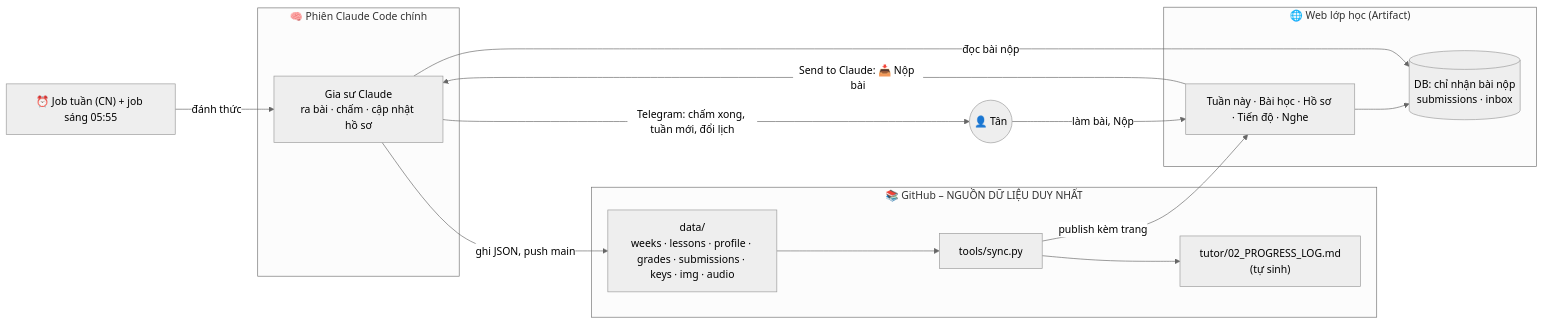
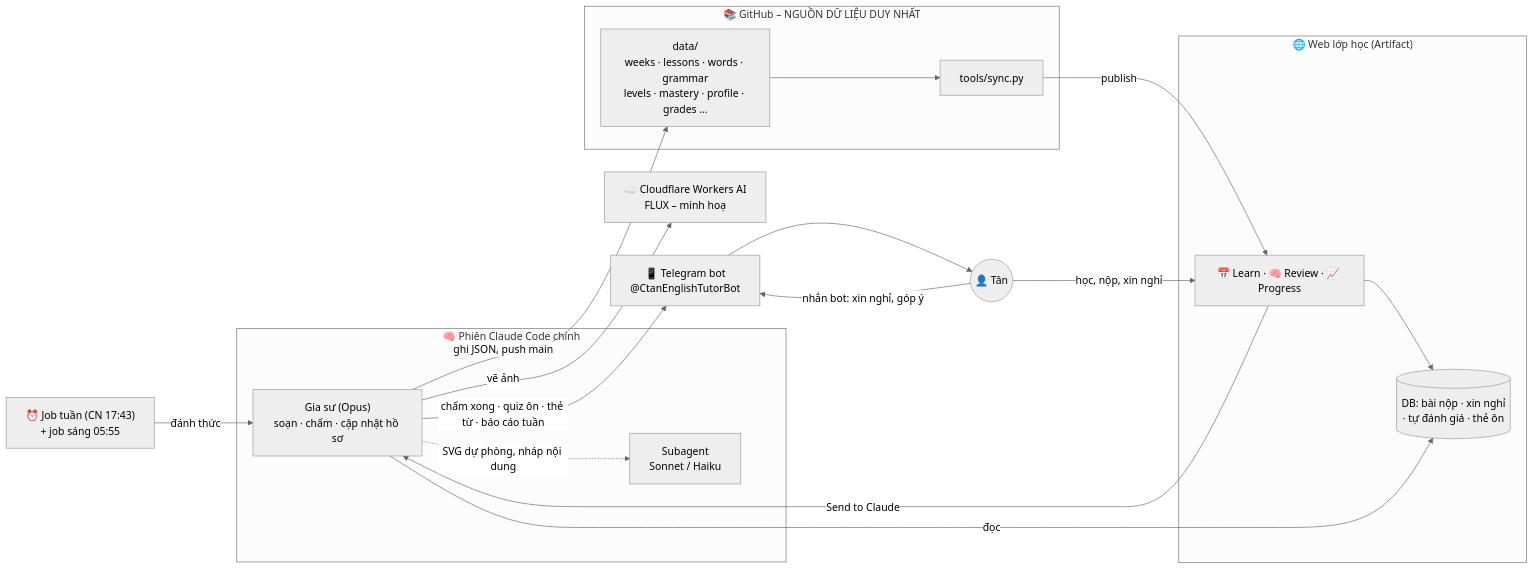
One commit to tannc28/english-tutor changed the first of 2 diagrams in README.md. Above: the diagram before and after it, drawn with Mermaid (neutral theme). The commit also changed other lines of this file and 6 other files, not shown here.

Commit message:
Minh hoạ: FLUX trên Cloudflare Workers AI, dự phòng SVG Sonnet/Haiku; bỏ AI Horde và SDXL; viết lại README

````diff
--- a/README.md
+++ b/README.md
@@ -12,24 +23,27 @@
 ```mermaid
 flowchart LR
-    J["⏰ Job tuần (CN) + job sáng 05:55"] -- đánh thức --> G
+    J["⏰ Job tuần (CN 17:43)<br/>+ job sáng 05:55"] -- đánh thức --> G
     subgraph Phien["🧠 Phiên Claude Code chính"]
-        G["Gia sư Claude<br/>ra bài · chấm · cập nhật hồ sơ"]
+        G["Gia sư (Opus)<br/>soạn · chấm · cập nhật hồ sơ"]
+        SA["Subagent<br/>Sonnet / Haiku"]
     end
     subgraph Repo["📚 GitHub – NGUỒN DỮ LIỆU DUY NHẤT"]
-        D["data/<br/>weeks · lessons · profile · grades · submissions · keys · img · audio"]
+        D["data/<br/>weeks · lessons · words · grammar<br/>levels · mastery · profile · grades …"]
         S["tools/sync.py"]
-        P["tutor/02_PROGRESS_LOG.md<br/>(tự sinh)"]
     end
     subgraph Web["🌐 Web lớp học (Artifact)"]
-        UI["Tuần này · Bài học · Hồ sơ · Tiến độ · Nghe"]
-        DB[("DB: chỉ nhận bài nộp<br/>submissions · inbox")]
+        UI["📅 Learn · 🧠 Review · 📈 Progress"]
+        DB[("DB: bài nộp · xin nghỉ<br/>· tự đánh giá · thẻ ôn")]
     end
+    CF["☁️ Cloudflare Workers AI<br/>FLUX – minh hoạ"]
+    TG["📱 Telegram bot<br/>@CtanEnglishTutorBot"]
     T(("👤 Tân"))
-    G -- "ghi JSON, push main" --> D
-    D --> S --> P
-    S -- "publish kèm trang" --> UI
-    T -- "làm bài, Nộp" --> UI --> DB
-    UI -- "Send to Claude: 📥 Nộp bài" --> G
-    G -- "đọc bài nộp" --> DB
-    G -- "Telegram: chấm xong, tuần mới, đổi lịch" --> T
+    G -- "ghi JSON, push main" --> D --> S -- "publish" --> UI
+    G -- "vẽ ảnh" --> CF
+    G -. "SVG dự phòng, nháp nội dung" .-> SA
+    T -- "học, nộp, xin nghỉ" --> UI --> DB
+    UI -- "Send to Claude" --> G
+    G -- "đọc" --> DB
+    G -- "chấm xong · quiz ôn · thẻ từ · báo cáo tuần" --> TG --> T
+    T -- "nhắn bot: xin nghỉ, góp ý" --> TG
 ```
````
